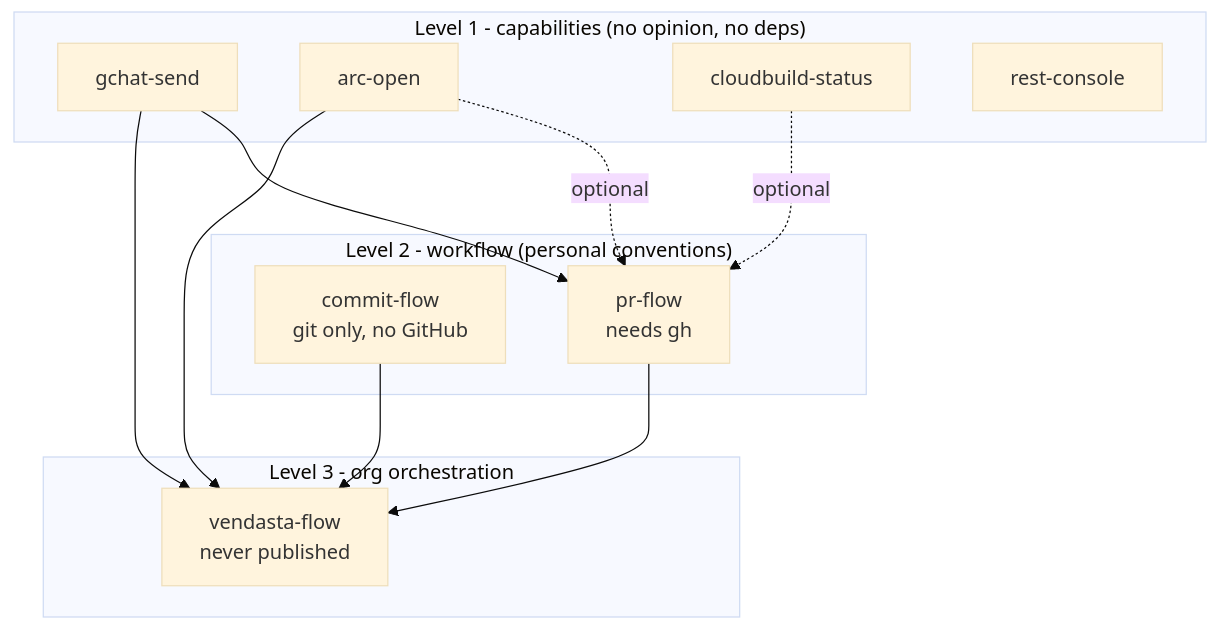
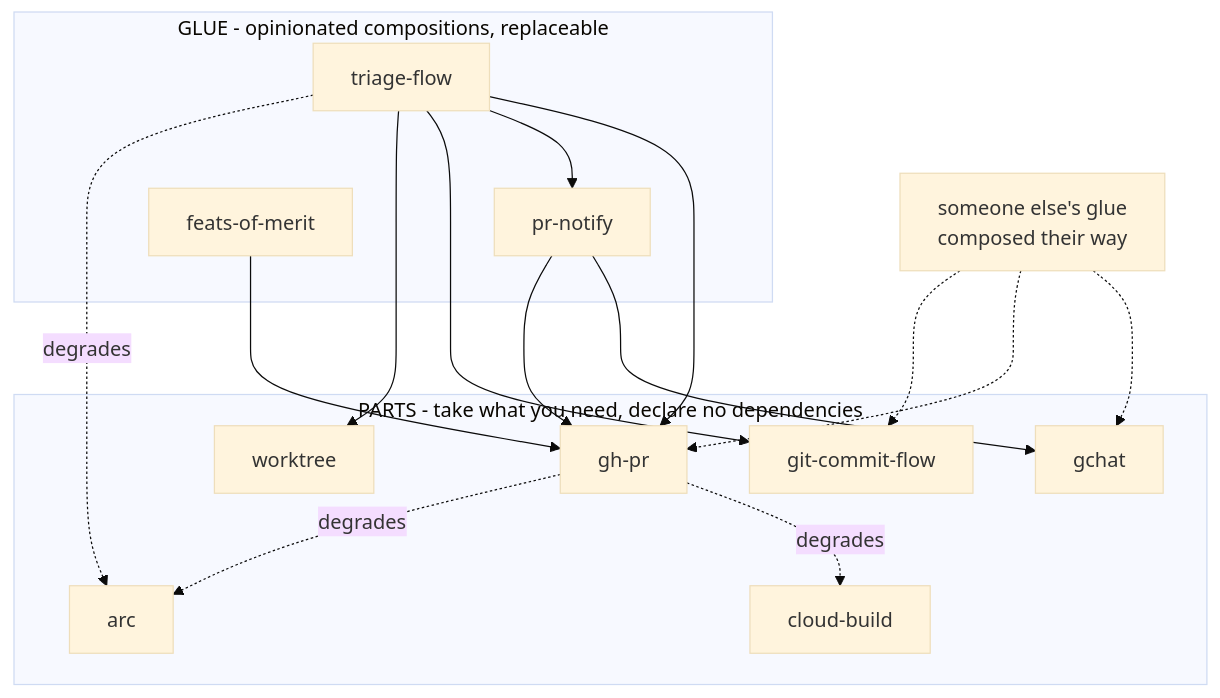
Before and after one commit to benjfactor/dotfiles: the diagram in docs/plans/2026-08-28-001-feat-claude-plugin-packaging-plan.md, drawn with Mermaid (base theme). The commit also changed other lines of this file, not shown here.

````diff
--- a/docs/plans/2026-08-28-001-feat-claude-plugin-packaging-plan.md
+++ b/docs/plans/2026-08-28-001-feat-claude-plugin-packaging-plan.md
@@ -48,24 +50,31 @@
 ```mermaid
 flowchart TD
-    subgraph L1["Level 1 - capabilities (no opinion, no deps)"]
-        GCHAT["gchat-send"]
-        ARC["arc-open"]
-        CB["cloudbuild-status"]
-        REST["rest-console"]
+    subgraph parts["PARTS - take what you need, declare no dependencies"]
+        gchat["gchat"]
+        arc["arc"]
+        cb["cloud-build"]
+        commit["git-commit-flow"]
+        ghpr["gh-pr"]
+        wt["worktree"]
     end
-    subgraph L2["Level 2 - workflow (personal conventions)"]
-        COMMIT["commit-flow<br/>git only, no GitHub"]
-        PR["pr-flow<br/>needs gh"]
+    subgraph glue["GLUE - opinionated compositions, replaceable"]
+        notify["pr-notify"]
+        triage["triage-flow"]
+        merit["feats-of-merit"]
     end
-    subgraph L3["Level 3 - org orchestration"]
-        ORG["vendasta-flow<br/>never published"]
-    end
+    yours["someone else's glue<br/>composed their way"]
 
-    GCHAT --> PR
-    CB -.optional.-> PR
-    ARC -.optional.-> PR
-    COMMIT --> ORG
-    PR --> ORG
-    ARC --> ORG
-    GCHAT --> ORG
+    notify --> gchat
+    notify --> ghpr
+    triage --> ghpr
+    triage --> notify
+    triage --> commit
+    triage --> wt
+    merit --> ghpr
+    ghpr -. degrades .-> cb
+    ghpr -. degrades .-> arc
+    triage -. degrades .-> arc
+    yours -.-> gchat
+    yours -.-> ghpr
+    yours -.-> commit
 ```
````
